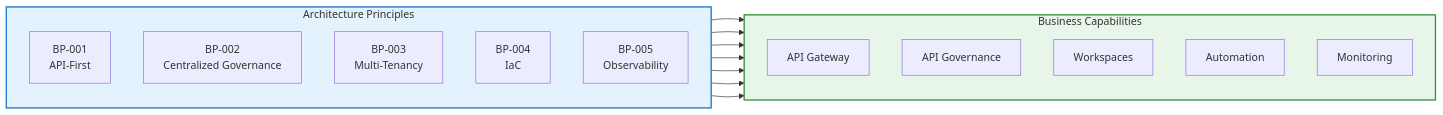
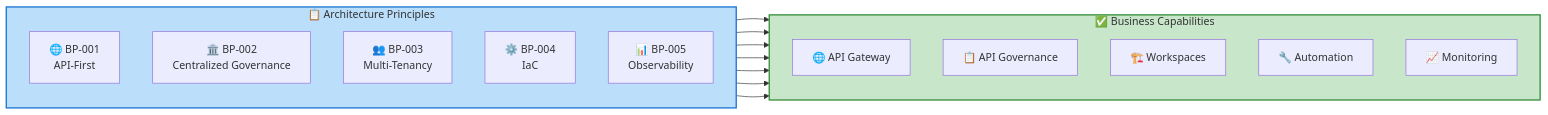
Before and after one commit to Evilazaro/APIM-Accelerator: the fifth of 10 diagrams in docs/architecture/Business_Architecture_Document.md, drawn with Mermaid. The commit also changed other lines of this file and 1 other file, not shown here.

Commit message:
Enhance Data Architecture Document with improved flowcharts and semantic icons for better clarity and visual appeal

````diff
--- a/docs/architecture/Business_Architecture_Document.md
+++ b/docs/architecture/Business_Architecture_Document.md
@@ -256,32 +271,35 @@
 ```mermaid
 %%{init: {"flowchart": {"htmlLabels": false}} }%%
+%% ============================================
+%% COLOR SCHEME: Semantic (principles=blue, capabilities=green)
+%% ============================================
 flowchart LR
-    subgraph principles["Architecture Principles"]
+    subgraph principles["📋 Architecture Principles"]
         direction TB
-        P1["BP-001<br/>API-First"]
-        P2["BP-002<br/>Centralized Governance"]
-        P3["BP-003<br/>Multi-Tenancy"]
-        P4["BP-004<br/>IaC"]
-        P5["BP-005<br/>Observability"]
+        P1["🌐 BP-001<br/>API-First"]
+        P2["🏛️ BP-002<br/>Centralized Governance"]
+        P3["👥 BP-003<br/>Multi-Tenancy"]
+        P4["⚙️ BP-004<br/>IaC"]
+        P5["📊 BP-005<br/>Observability"]
     end
 
-    subgraph capabilities["Business Capabilities"]
+    subgraph capabilities["✅ Business Capabilities"]
         direction TB
-        C1["API Gateway"]
-        C2["API Governance"]
-        C3["Workspaces"]
-        C4["Automation"]
-        C5["Monitoring"]
+        C1["🌐 API Gateway"]
+        C2["📋 API Governance"]
+        C3["🏗️ Workspaces"]
+        C4["🔧 Automation"]
+        C5["📈 Monitoring"]
     end
 
     P1 --> C1
     P1 --> C2
     P2 --> C2
     P2 --> C3
     P3 --> C3
     P4 --> C4
     P5 --> C5
 
-    style principles fill:#E3F2FD,stroke:#1976D2,stroke-width:2px
-    style capabilities fill:#E8F5E9,stroke:#388E3C,stroke-width:2px
+    style principles fill:#BBDEFB,stroke:#1976D2,stroke-width:2px
+    style capabilities fill:#C8E6C9,stroke:#388E3C,stroke-width:2px
 ```
````
